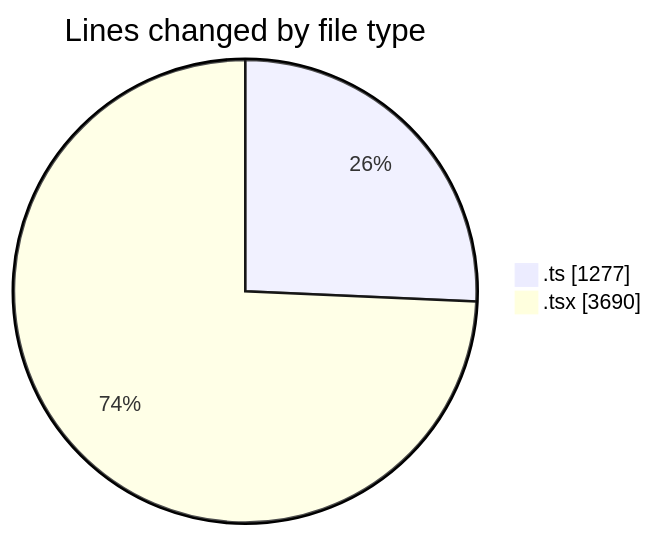
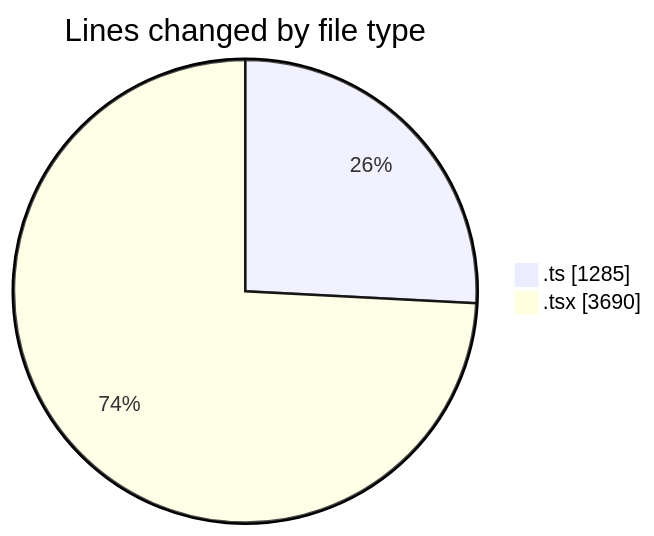
The first of 2 diagrams in 2026-05-04/nxtqube_webapp/README.md (nxtqubesakshisongat/code-tracking), drawn with Mermaid before and after one commit. The commit also changed other lines of this file and 1 other file, not shown here.

````diff
--- a/2026-05-04/nxtqube_webapp/README.md
+++ b/2026-05-04/nxtqube_webapp/README.md
@@ -28,6 +28,6 @@
 ```mermaid
 pie showData
 title Lines changed by file type
-".ts" : 1277
+".ts" : 1285
 ".tsx" : 3690
 ```
````
